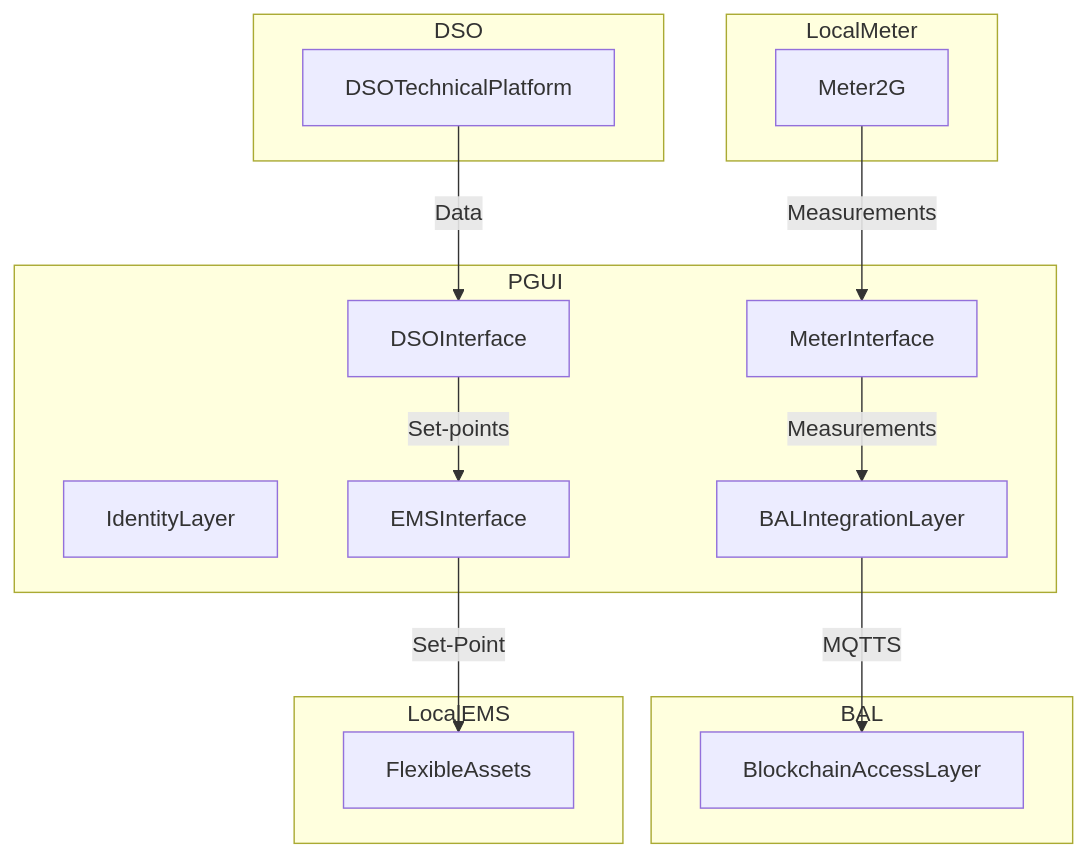
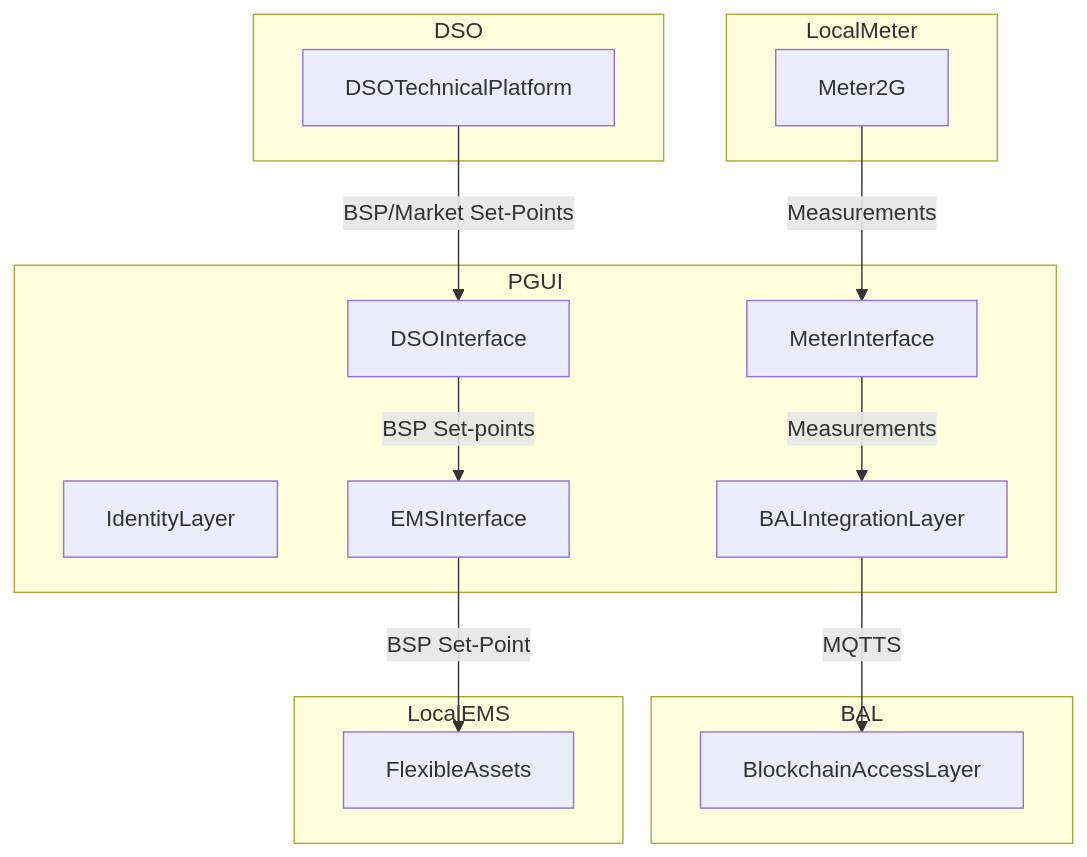
The diagram in README.md (ApioIoT/PGUI), drawn with Mermaid before and after one commit. The commit also changed 2 other files, not shown here.

Commit message:
add setpoint data schemas

````diff
--- a/README.md
+++ b/README.md
@@ -21,32 +21,32 @@
 ```mermaid
 graph TD;
 
 subgraph PGUI
   
   IdentityLayer 
   
   MeterInterface -->|Measurements| BALIntegrationLayer
-  DSOInterface --> |Set-points| EMSInterface
+  DSOInterface --> |BSP Set-points| EMSInterface
   
 end
 
 subgraph DSO
-  DSOTechnicalPlatform --> | Data | DSOInterface
+  DSOTechnicalPlatform --> |BSP/Market Set-Points | DSOInterface
 end
 
 subgraph BAL
   BALIntegrationLayer -->|MQTTS| BlockchainAccessLayer
 end
 
 subgraph LocalEMS
-  EMSInterface --> |Set-Point| FlexibleAssets
+  EMSInterface --> |BSP Set-Point| FlexibleAssets
 end
 
 subgraph LocalMeter
   Meter2G --> |Measurements| MeterInterface
 end
 
 
 
 
 ```
````
